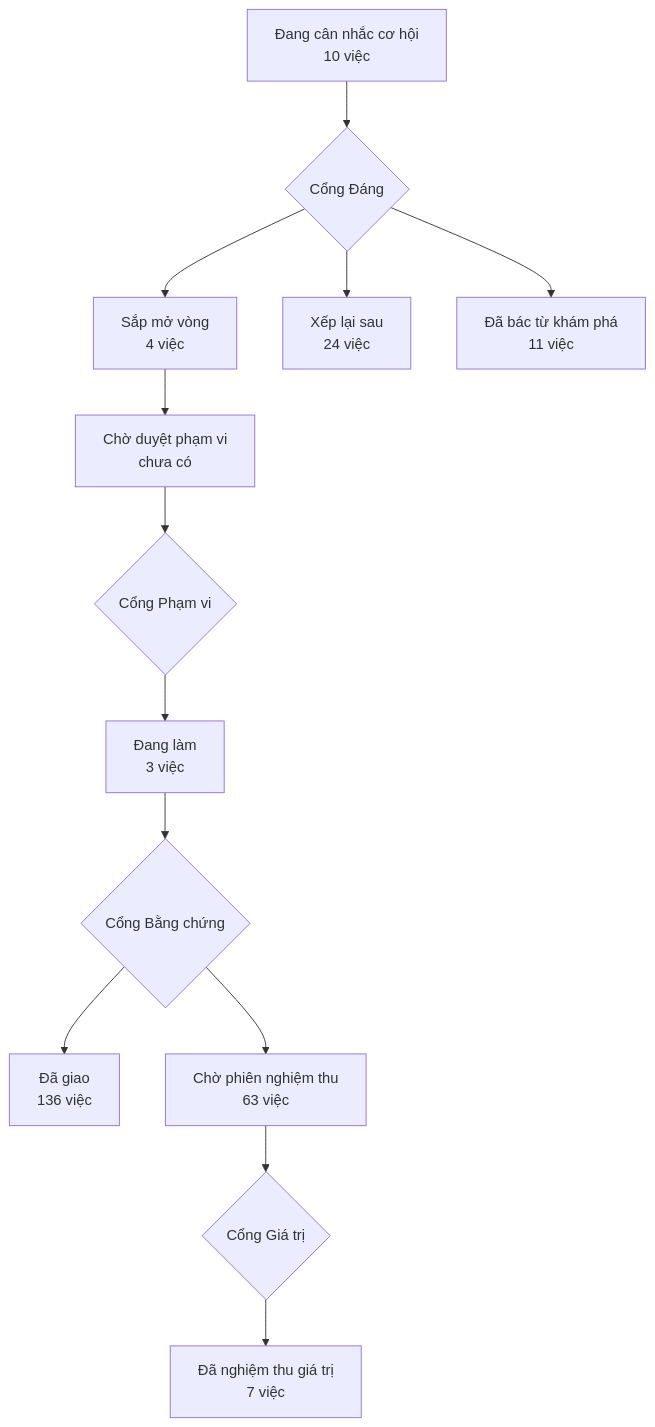
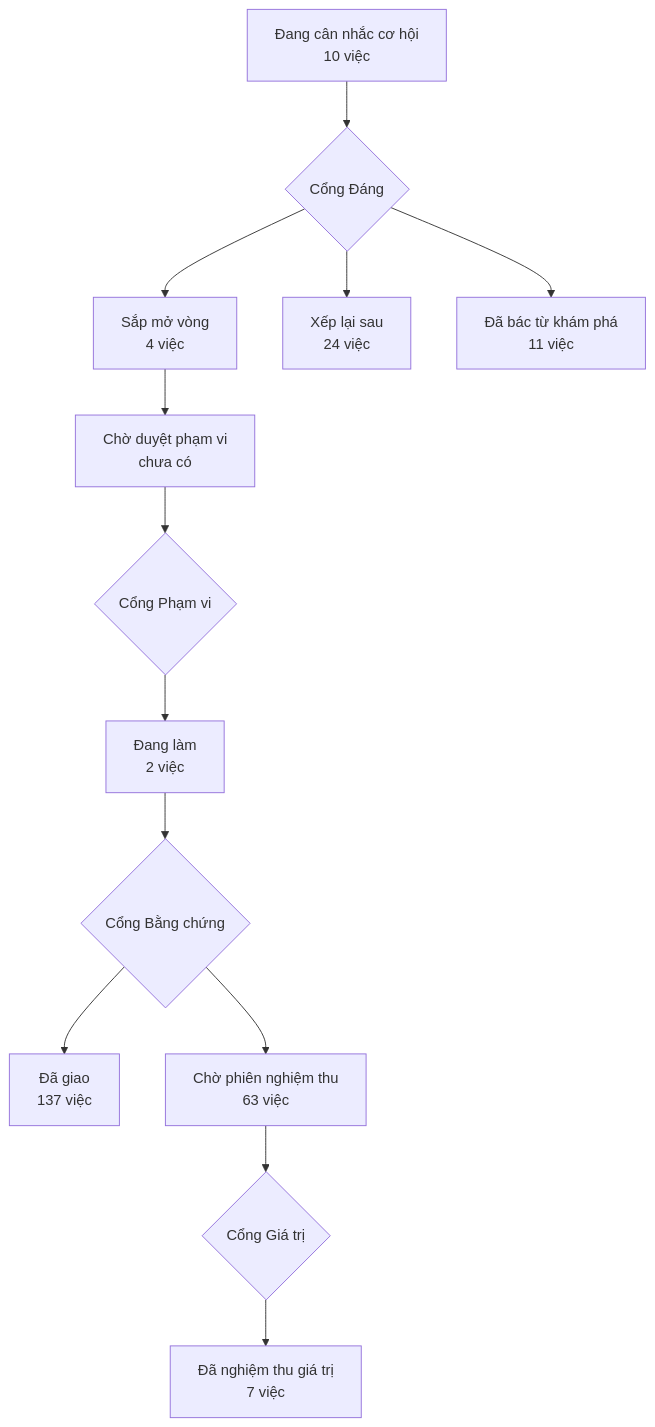
The diagram in PRODUCT-MAP.md (phanlemanh/acceptance-gate-kit), drawn with Mermaid before and after one commit. The commit also changed 5 other files, not shown here.

````diff
--- a/PRODUCT-MAP.md
+++ b/PRODUCT-MAP.md
@@ -7,12 +7,12 @@
 ```mermaid
 flowchart TD
   A["Đang cân nhắc cơ hội<br/>10 việc"] --> GD{"Cổng Đáng"}
   GD --> B["Sắp mở vòng<br/>4 việc"]
   GD --> XL["Xếp lại sau<br/>24 việc"]
   GD --> DB["Đã bác từ khám phá<br/>11 việc"]
   B --> CD["Chờ duyệt phạm vi<br/>chưa có"] --> GP{"Cổng Phạm vi"}
-  GP --> DL["Đang làm<br/>3 việc"] --> GB{"Cổng Bằng chứng"}
-  GB --> DG["Đã giao<br/>136 việc"]
+  GP --> DL["Đang làm<br/>2 việc"] --> GB{"Cổng Bằng chứng"}
+  GB --> DG["Đã giao<br/>137 việc"]
   GB --> CN["Chờ phiên nghiệm thu<br/>63 việc"] --> GG{"Cổng Giá trị"}
   GG --> NT["Đã nghiệm thu giá trị<br/>7 việc"]
 ```
````
